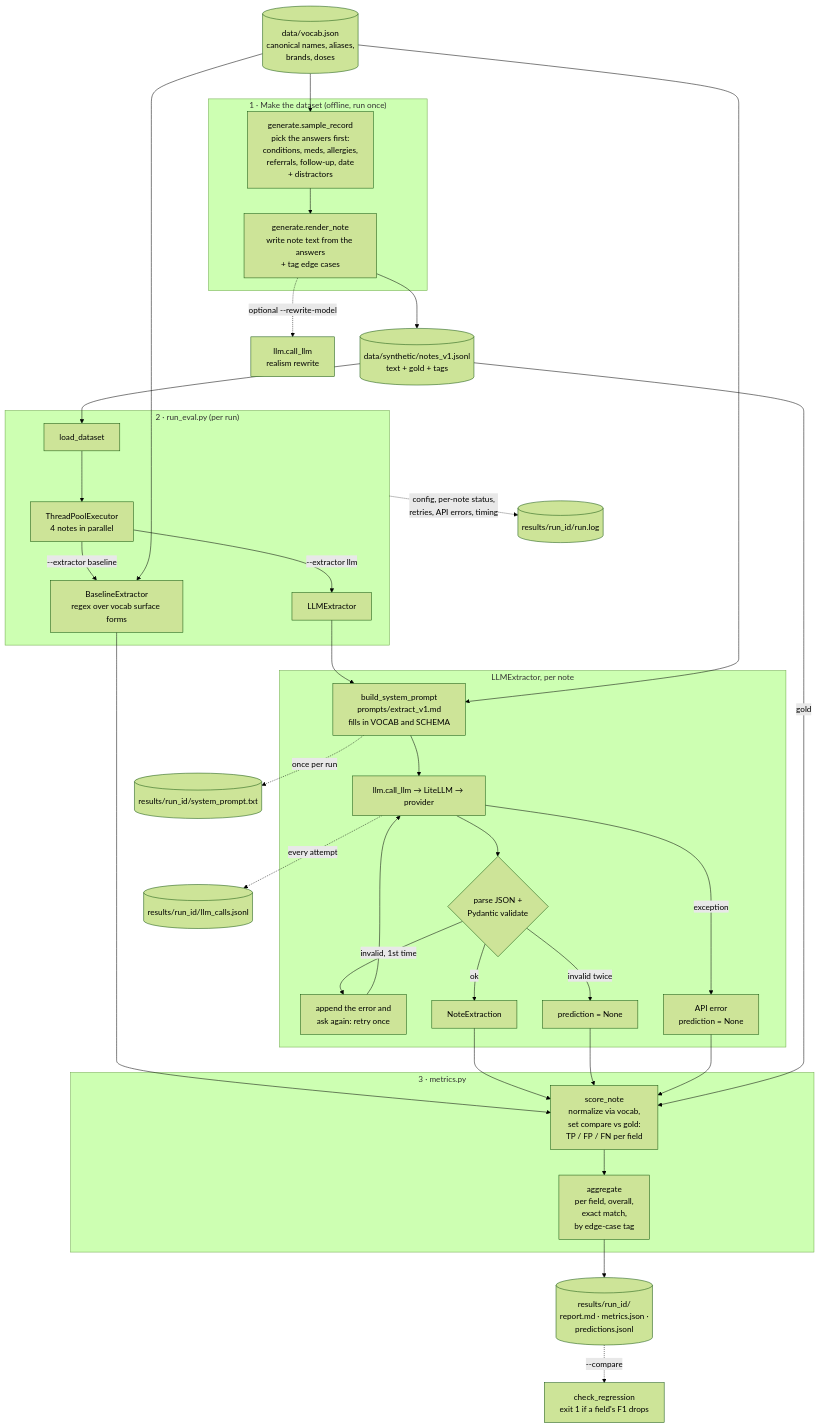
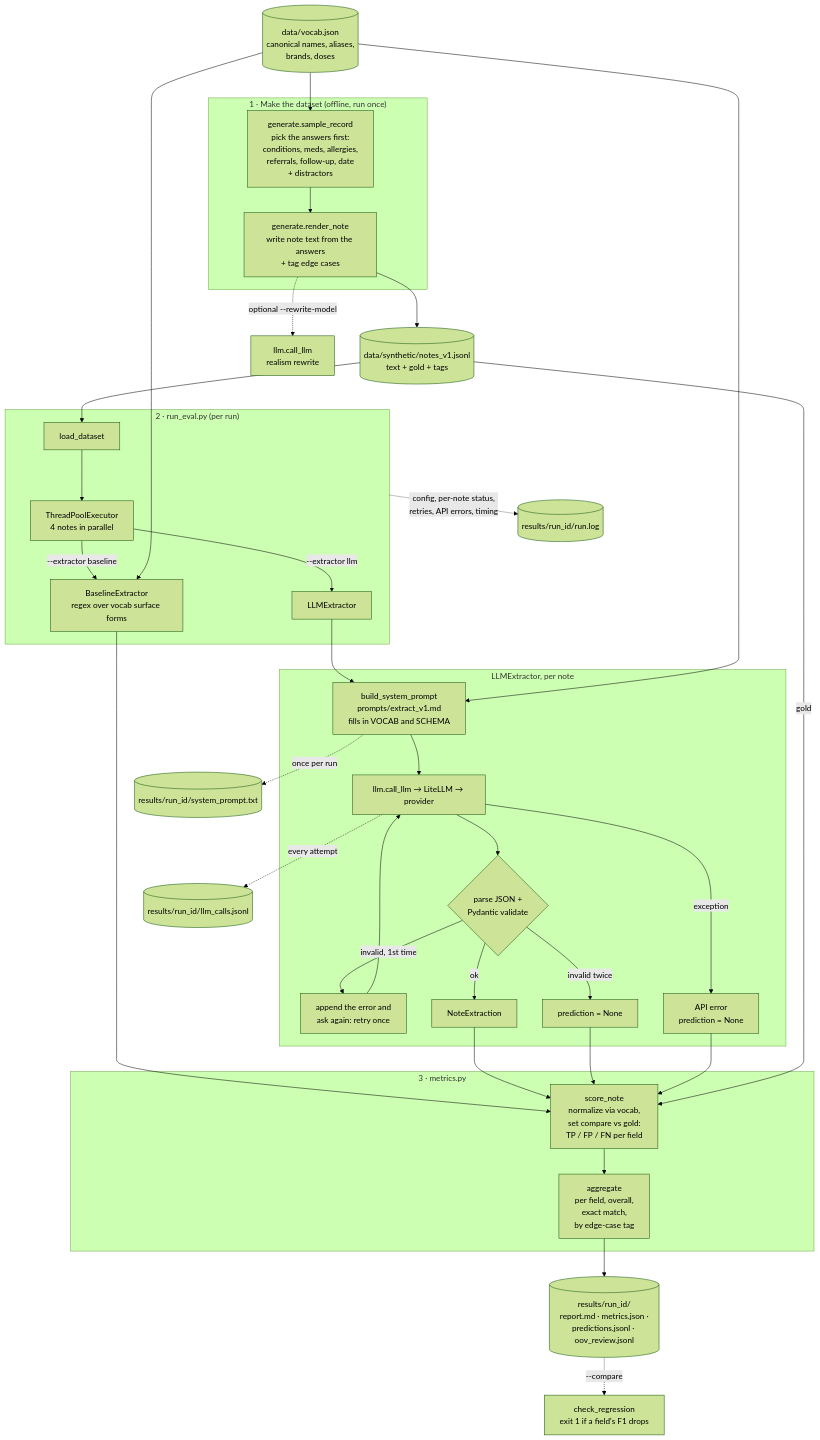
Before and after one commit to mcorn02/clinical-extraction-evals: the first of 3 diagrams in docs/ARCHITECTURE.md, drawn with Mermaid (forest theme). The commit also changed other lines of this file and 13 other files, not shown here.

````diff
--- a/docs/ARCHITECTURE.md
+++ b/docs/ARCHITECTURE.md
@@ -29,47 +29,47 @@
 ```mermaid
 flowchart TD
     V[(data/vocab.json<br/>canonical names, aliases,<br/>brands, doses)]
 
     subgraph GEN["1 · Make the dataset (offline, run once)"]
         G1[generate.sample_record<br/>pick the answers first:<br/>conditions, meds, allergies,<br/>referrals, follow-up, date<br/>+ distractors]
         G2[generate.render_note<br/>write note text from the answers<br/>+ tag edge cases]
         G1 --> G2
     end
     V --> G1
     G2 --> D[(data/synthetic/notes_v1.jsonl<br/>text + gold + tags)]
     G2 -. optional --rewrite-model .-> LLMW[llm.call_llm<br/>realism rewrite]
 
     subgraph RUN["2 · run_eval.py (per run)"]
         L[load_dataset] --> POOL[ThreadPoolExecutor<br/>4 notes in parallel]
         POOL -->|--extractor baseline| B[BaselineExtractor<br/>regex over vocab surface forms]
         POOL -->|--extractor llm| X[LLMExtractor]
     end
     D --> L
     V --> B
 
     subgraph LLMX["LLMExtractor, per note"]
         P[build_system_prompt<br/>prompts/extract_v1.md<br/>fills in VOCAB and SCHEMA] --> C1[llm.call_llm → LiteLLM → provider]
         C1 --> J{parse JSON +<br/>Pydantic validate}
         J -->|invalid, 1st time| R[append the error and<br/>ask again: retry once] --> C1
         J -->|ok| OK[NoteExtraction]
         J -->|invalid twice| F[prediction = None]
         C1 -->|exception| E[API error<br/>prediction = None]
     end
     X --> P
     V --> P
 
     B --> S
     OK --> S
     F --> S
     E --> S
     subgraph SCORE["3 · metrics.py"]
         S[score_note<br/>normalize via vocab,<br/>set compare vs gold:<br/>TP / FP / FN per field] --> A[aggregate<br/>per field, overall,<br/>exact match,<br/>by edge-case tag]
     end
     D -- gold --> S
-    A --> OUT[(results/run_id/<br/>report.md · metrics.json ·<br/>predictions.jsonl)]
+    A --> OUT[(results/run_id/<br/>report.md · metrics.json ·<br/>predictions.jsonl · oov_review.jsonl)]
     OUT -. --compare .-> REG[check_regression<br/>exit 1 if a field's F1 drops]
 
     C1 -. every attempt .-> TR[(results/run_id/llm_calls.jsonl)]
     RUN -. config, per-note status,<br/>retries, API errors, timing .-> LOG[(results/run_id/run.log)]
     P -. once per run .-> SP[(results/run_id/system_prompt.txt)]
 ```
````
